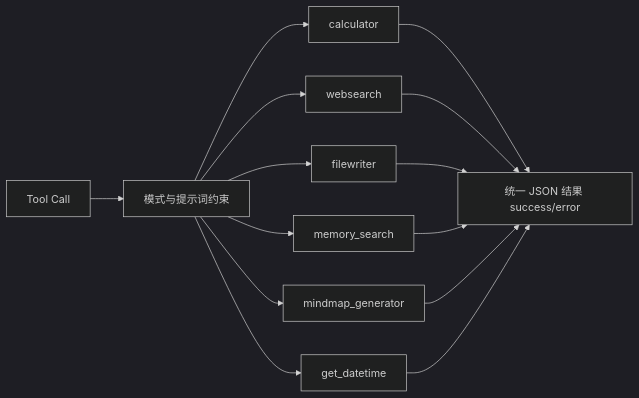
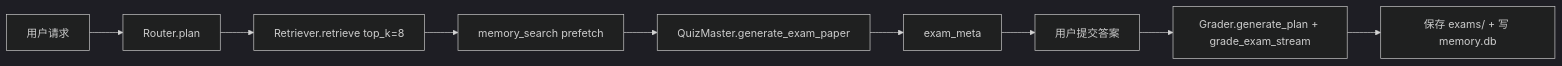
Diagram 11 of 13 in docs/guides/architecture.md (Eric-he-cn/course-pilot), drawn with Mermaid (dark theme) before and after one commit. The commit also changed other lines of this file, not shown here.

Commit message:
docs: enrich architecture guide visuals and storage details

````diff
--- a/docs/guides/architecture.md
+++ b/docs/guides/architecture.md
@@ -201,16 +833,11 @@
 ```mermaid
 flowchart LR
-    TOOLREQ[Tool Call] --> POLICY[模式与提示词约束]
-    POLICY --> T1[calculator]
-    POLICY --> T2[websearch]
-    POLICY --> T3[filewriter]
-    POLICY --> T4[memory_search]
-    POLICY --> T5[mindmap_generator]
-    POLICY --> T6[get_datetime]
-    T1 --> RES[统一 JSON 结果 success/error]
-    T2 --> RES
-    T3 --> RES
-    T4 --> RES
-    T5 --> RES
-    T6 --> RES
+    U[用户请求] --> R[Router.plan]
+    R --> RG[Retriever.retrieve top_k=8]
+    RG --> M[memory_search prefetch]
+    M --> Q[QuizMaster.generate_exam_paper]
+    Q --> META[exam_meta]
+    META --> SUB[用户提交答案]
+    SUB --> G[Grader.generate_plan + grade_exam_stream]
+    G --> SAVE[保存 exams/ + 写 memory.db]
 ```
````
